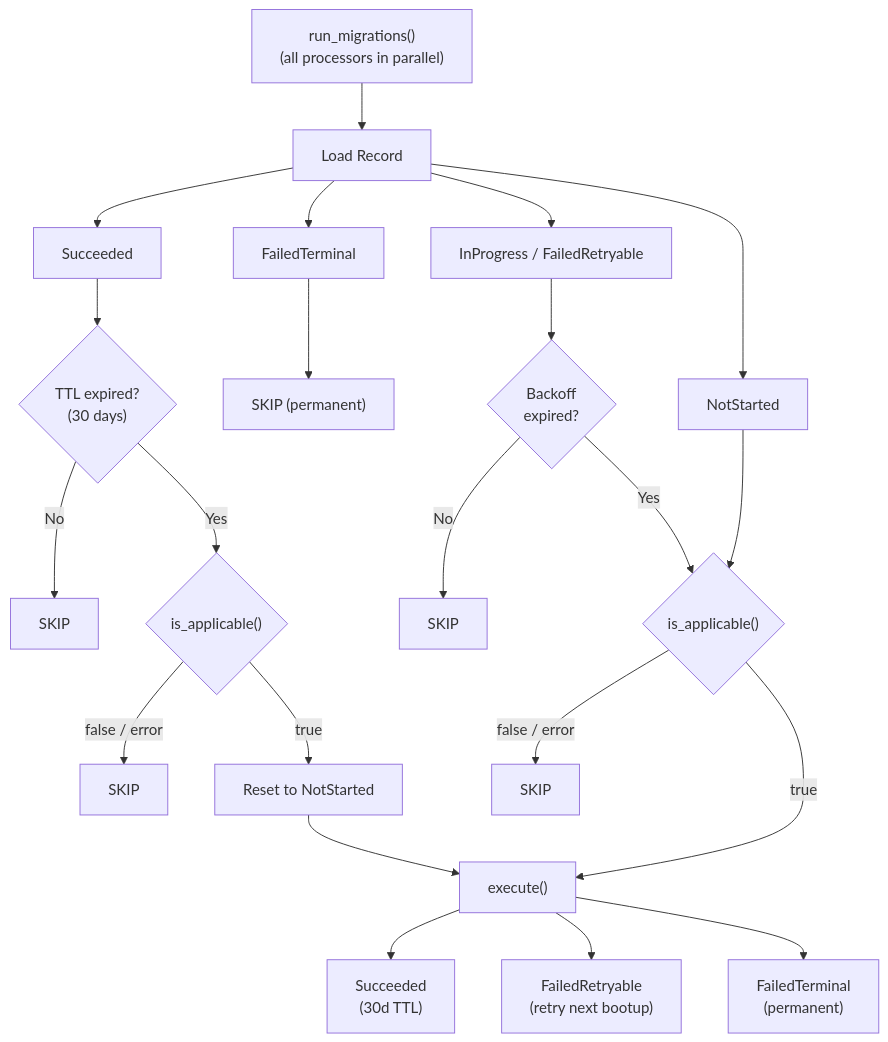
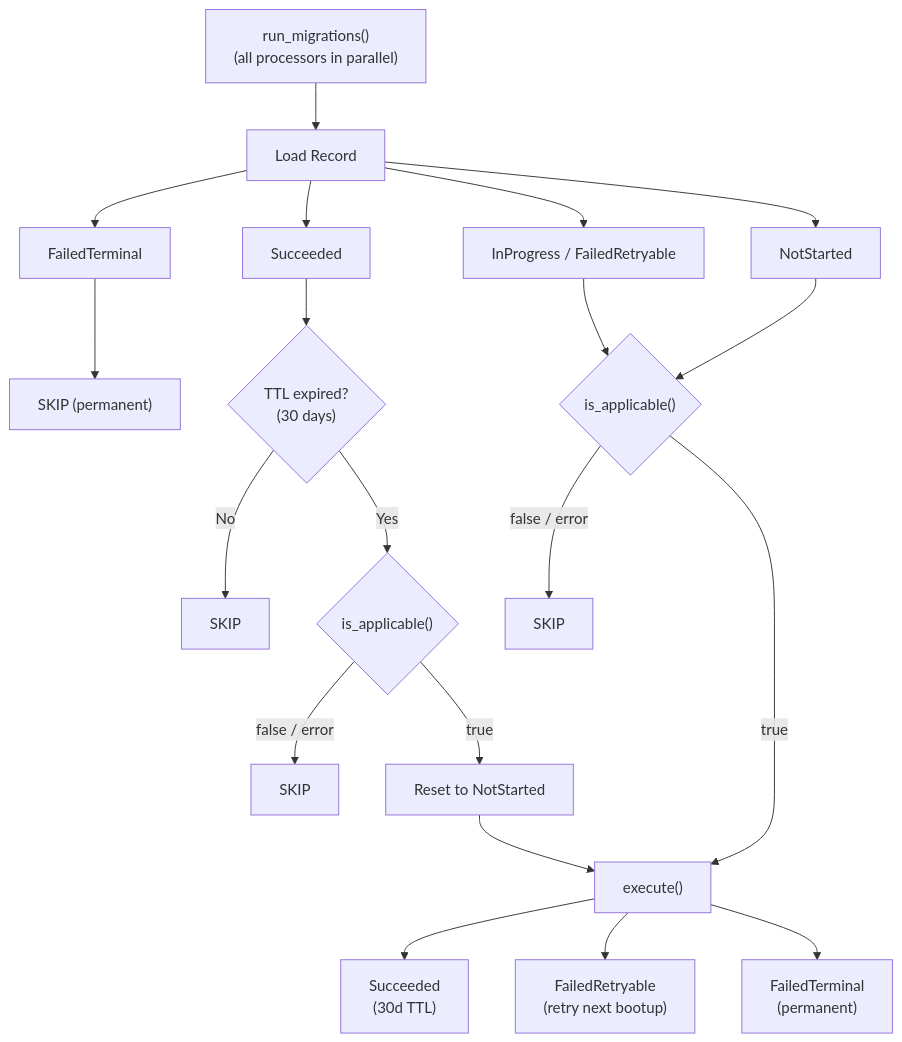
The diagram in bedrock/src/migration/README.md (worldcoin/bedrock), drawn with Mermaid before and after one commit. The commit also changed other lines of this file and 2 other files, not shown here.

First line of the commit message:
refactor: remove next_attempt_at backoff, simplify MigrationRecord with derive(Default)

````diff
--- a/bedrock/src/migration/README.md
+++ b/bedrock/src/migration/README.md
@@ -38,29 +38,27 @@
 ```mermaid
 flowchart TD
     Start["run_migrations()<br/>(all processors in parallel)"] --> Load["Load Record"]
 
     Load --> NotStarted
     Load --> InProgressRetryable["InProgress / FailedRetryable"]
     Load --> FailedTerminal
     Load --> Succeeded
 
     FailedTerminal --> SkipTerminal["SKIP (permanent)"]
 
     Succeeded --> TTLCheck{"TTL expired?<br/>(30 days)"}
     TTLCheck -- No --> SkipTTL["SKIP"]
     TTLCheck -- Yes --> TTLApplicable{"is_applicable()"}
     TTLApplicable -- "false / error" --> SkipTTLFalse["SKIP"]
     TTLApplicable -- true --> ResetRecord["Reset to NotStarted"] --> Execute
 
-    InProgressRetryable --> BackoffCheck{"Backoff<br/>expired?"}
-    BackoffCheck -- No --> SkipBackoff["SKIP"]
-    BackoffCheck -- Yes --> Applicable
+    InProgressRetryable --> Applicable
 
     NotStarted --> Applicable{"is_applicable()"}
     Applicable -- "false / error" --> SkipNA["SKIP"]
     Applicable -- true --> Execute
 
     Execute["execute()"] --> Success["Succeeded<br/>(30d TTL)"]
     Execute --> Retryable["FailedRetryable<br/>(retry next bootup)"]
     Execute --> Terminal["FailedTerminal<br/>(permanent)"]
 ```
````
